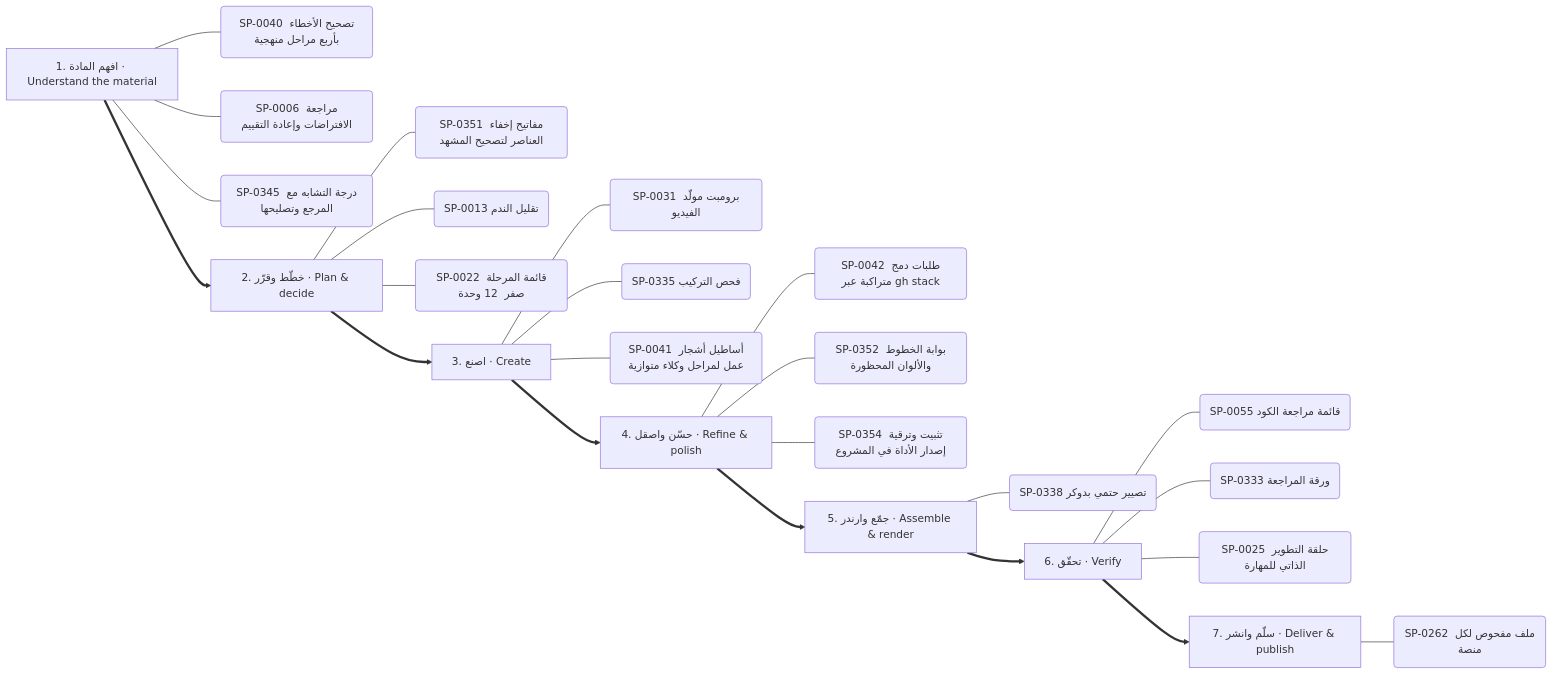
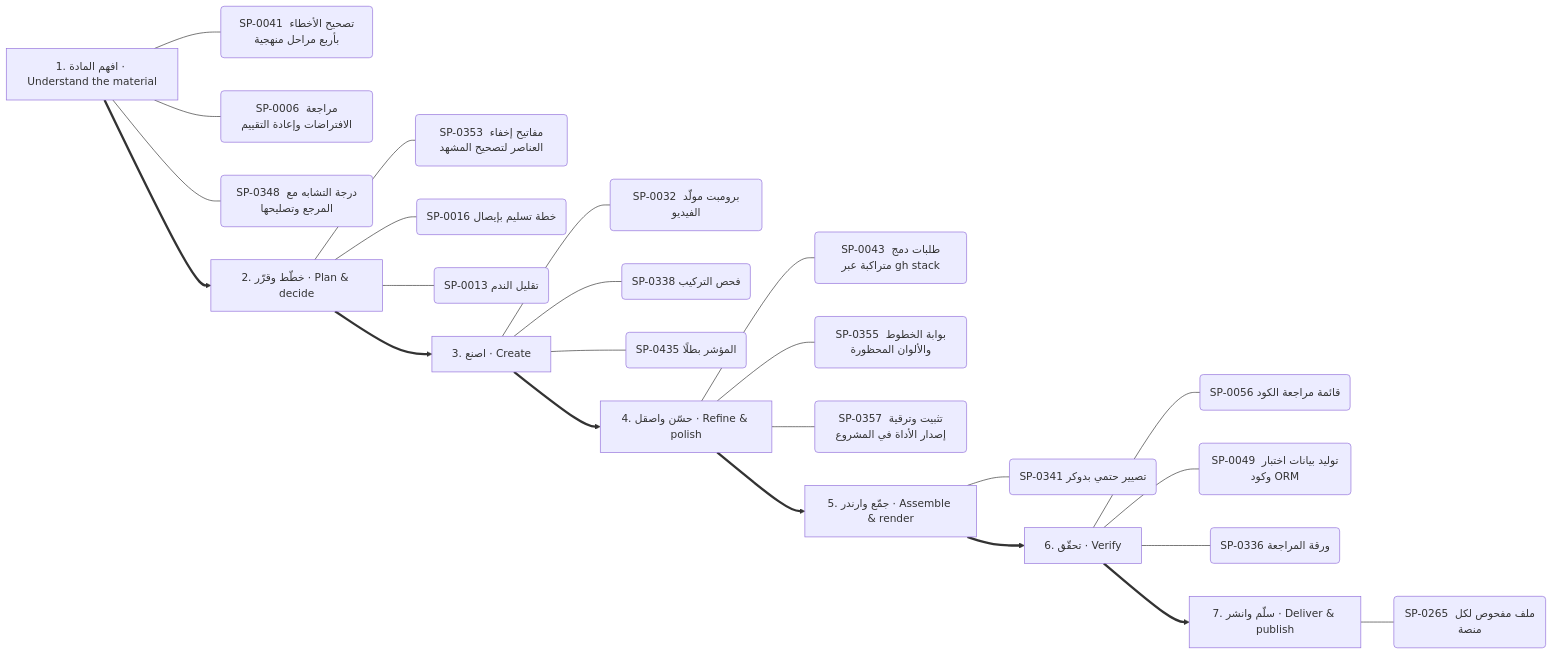
One commit to kosif199022-jpg/kosif-tool changed the tenth of 13 diagrams in .claude/skills/kosif-superpowers/references/capability-mindmap.md. Above: the diagram before and after it, drawn with Mermaid. The commit also changed other lines of this file and 46 other files, not shown here.

````diff
--- a/.claude/skills/kosif-superpowers/references/capability-mindmap.md
+++ b/.claude/skills/kosif-superpowers/references/capability-mindmap.md
@@ -500,33 +501,33 @@
 ```mermaid
 flowchart LR
   S0["1. افهم المادة · Understand the material"]
-  S0 --- S0_0("SP-0040 تصحيح الأخطاء بأربع مراحل منهجية")
+  S0 --- S0_0("SP-0041 تصحيح الأخطاء بأربع مراحل منهجية")
   S0 --- S0_1("SP-0006 مراجعة الافتراضات وإعادة التقييم")
-  S0 --- S0_2("SP-0345 درجة التشابه مع المرجع وتصليحها")
+  S0 --- S0_2("SP-0348 درجة التشابه مع المرجع وتصليحها")
   S1["2. خطّط وقرّر · Plan & decide"]
-  S1 --- S1_0("SP-0351 مفاتيح إخفاء العناصر لتصحيح المشهد")
-  S1 --- S1_1("SP-0013 تقليل الندم")
-  S1 --- S1_2("SP-0022 قائمة المرحلة صفر  12 وحدة ")
+  S1 --- S1_0("SP-0353 مفاتيح إخفاء العناصر لتصحيح المشهد")
+  S1 --- S1_1("SP-0016 خطة تسليم بإيصال")
+  S1 --- S1_2("SP-0013 تقليل الندم")
   S0 ==> S1
   S2["3. اصنع · Create"]
-  S2 --- S2_0("SP-0031 برومبت مولّد الفيديو")
-  S2 --- S2_1("SP-0335 فحص التركيب")
-  S2 --- S2_2("SP-0041 أساطيل أشجار عمل لمراحل وكلاء متوازية")
+  S2 --- S2_0("SP-0032 برومبت مولّد الفيديو")
+  S2 --- S2_1("SP-0338 فحص التركيب")
+  S2 --- S2_2("SP-0435 المؤشر بطلًا")
   S1 ==> S2
   S3["4. حسّن واصقل · Refine & polish"]
-  S3 --- S3_0("SP-0042 طلبات دمج متراكبة عبر gh stack")
-  S3 --- S3_1("SP-0352 بوابة الخطوط والألوان المحظورة")
-  S3 --- S3_2("SP-0354 تثبيت وترقية إصدار الأداة في المشروع")
+  S3 --- S3_0("SP-0043 طلبات دمج متراكبة عبر gh stack")
+  S3 --- S3_1("SP-0355 بوابة الخطوط والألوان المحظورة")
+  S3 --- S3_2("SP-0357 تثبيت وترقية إصدار الأداة في المشروع")
   S2 ==> S3
   S4["5. جمّع وارندر · Assemble & render"]
-  S4 --- S4_0("SP-0338 تصيير حتمي بدوكر")
+  S4 --- S4_0("SP-0341 تصيير حتمي بدوكر")
   S3 ==> S4
   S5["6. تحقّق · Verify"]
-  S5 --- S5_0("SP-0055 قائمة مراجعة الكود")
-  S5 --- S5_1("SP-0333 ورقة المراجعة")
-  S5 --- S5_2("SP-0025 حلقة التطوير الذاتي للمهارة")
+  S5 --- S5_0("SP-0056 قائمة مراجعة الكود")
+  S5 --- S5_1("SP-0049 توليد بيانات اختبار وكود ORM")
+  S5 --- S5_2("SP-0336 ورقة المراجعة")
   S4 ==> S5
   S6["7. سلّم وانشر · Deliver & publish"]
-  S6 --- S6_0("SP-0262 ملف مفحوص لكل منصة")
+  S6 --- S6_0("SP-0265 ملف مفحوص لكل منصة")
   S5 ==> S6
 ```
````
